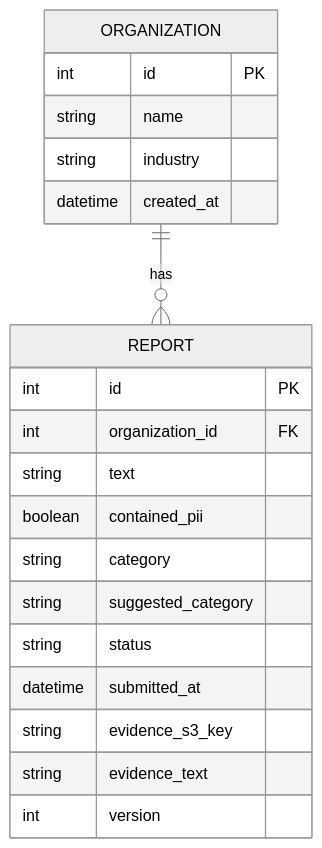
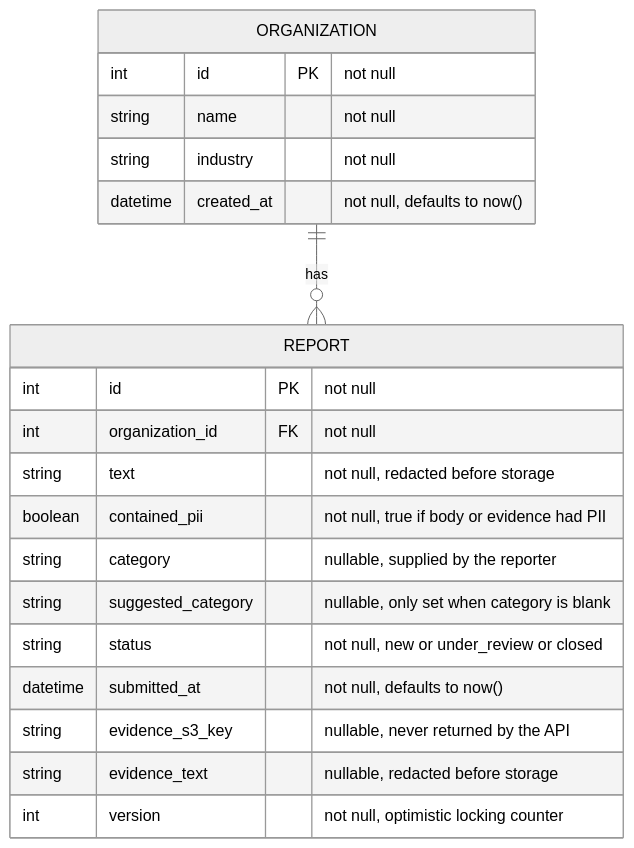
The diagram in docs/erd.md (Youtubbs/ethics-hotline), drawn with Mermaid (neutral theme) before and after one commit. The commit also changed other lines of this file and 3 other files, not shown here.

````diff
--- a/docs/erd.md
+++ b/docs/erd.md
@@ -5,25 +7,25 @@
 ```mermaid
 erDiagram
     ORGANIZATION ||--o{ REPORT : "has"
 
     ORGANIZATION {
-        int id PK
-        string name
-        string industry
-        datetime created_at
+        int id PK "not null"
+        string name "not null"
+        string industry "not null"
+        datetime created_at "not null, defaults to now()"
     }
 
     REPORT {
-        int id PK
-        int organization_id FK
-        string text
-        boolean contained_pii
-        string category
-        string suggested_category
-        string status
-        datetime submitted_at
-        string evidence_s3_key
-        string evidence_text
-        int version
+        int id PK "not null"
+        int organization_id FK "not null"
+        string text "not null, redacted before storage"
+        boolean contained_pii "not null, true if body or evidence had PII"
+        string category "nullable, supplied by the reporter"
+        string suggested_category "nullable, only set when category is blank"
+        string status "not null, new or under_review or closed"
+        datetime submitted_at "not null, defaults to now()"
+        string evidence_s3_key "nullable, never returned by the API"
+        string evidence_text "nullable, redacted before storage"
+        int version "not null, optimistic locking counter"
     }
 ```
````
